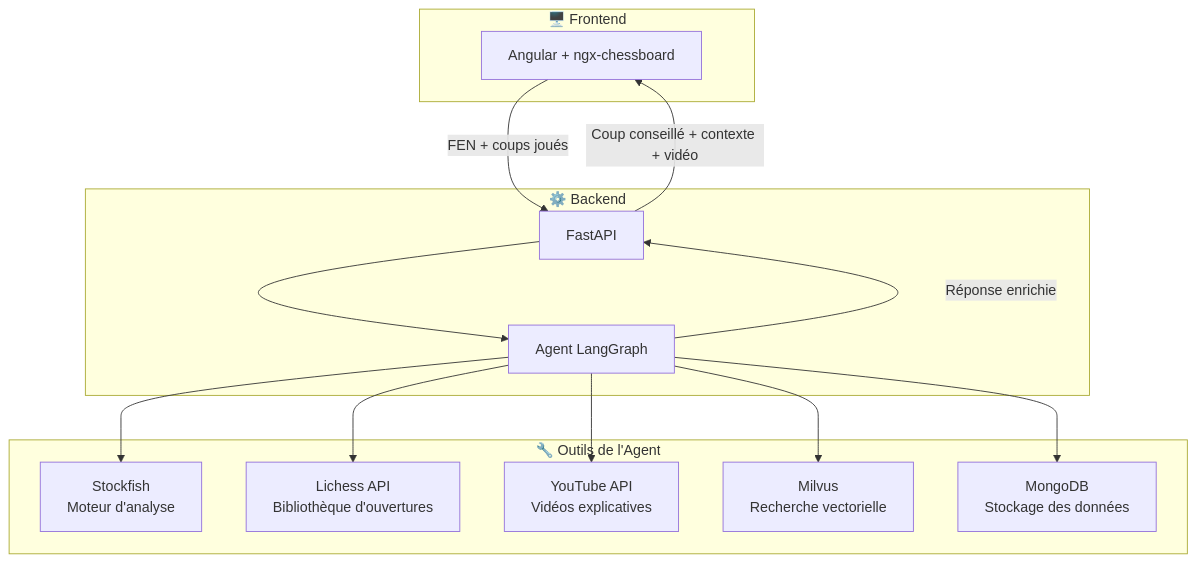
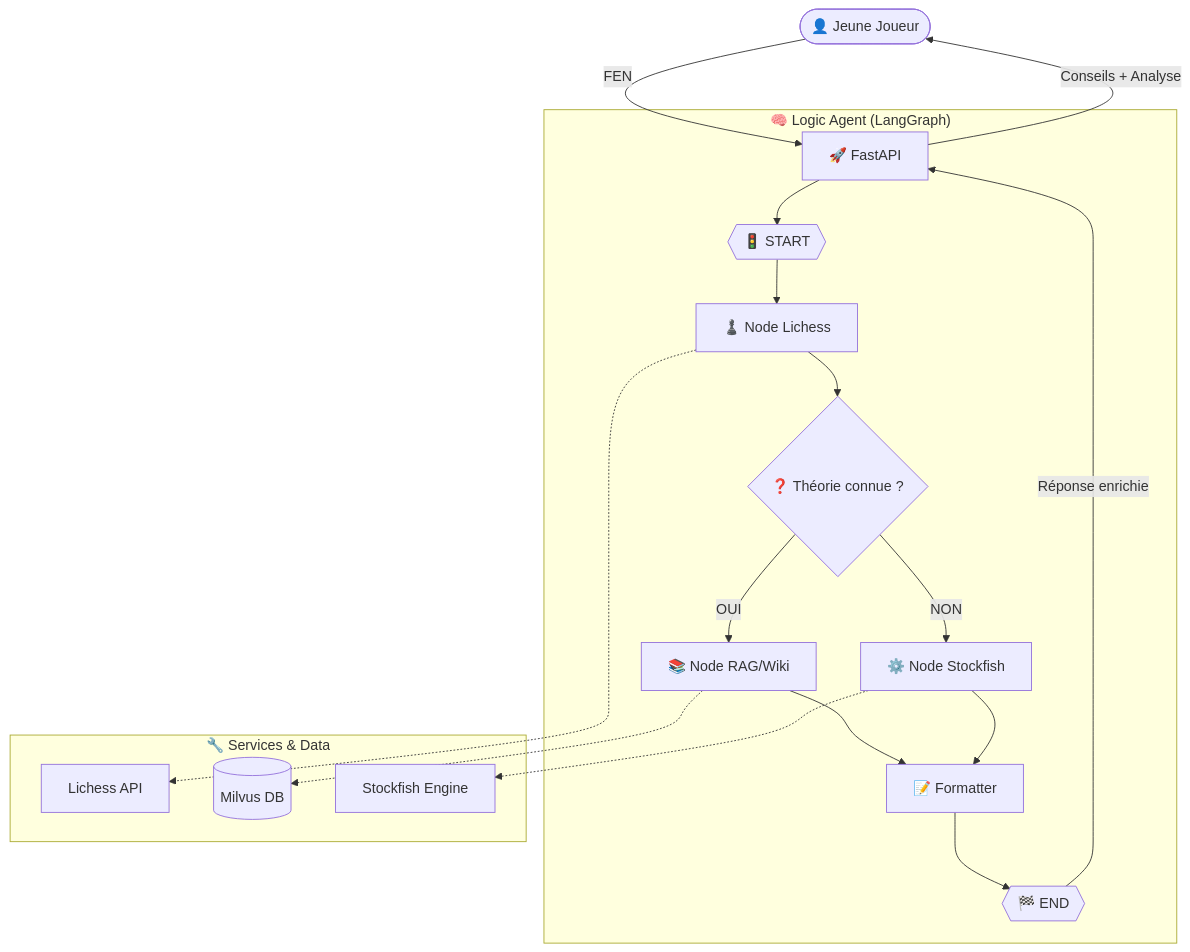
The diagram in README.md (RandomFab/AGENT_IA_FFE), drawn with Mermaid before and after one commit. The commit also changed other lines of this file, not shown here.

````diff
--- a/README.md
+++ b/README.md
@@ -41,29 +31,28 @@
 ```mermaid
-graph TB
-    subgraph Frontend["🖥️ Frontend"]
-        UI[Angular + ngx-chessboard]
+graph TD
+    User([👤 Jeune Joueur]) -->|FEN| API[🚀 FastAPI]
+    
+    subgraph "🧠 Logic Agent (LangGraph)"
+        API --> LG_Start{{"🚦 START"}}
+        LG_Start --> Node_Lic["♟️ Node Lichess"]
+        
+        Node_Lic --> Decision{"❓ Théorie connue ?"}
+        
+        Decision -- "OUI" --> Node_Wiki["📚 Node RAG/Wiki"]
+        Decision -- "NON" --> Node_SF["⚙️ Node Stockfish"]
+        
+        Node_Wiki --> Node_Format["📝 Formatter"]
+        Node_SF --> Node_Format
+        
+        Node_Format --> LG_End{{"🏁 END"}}
     end
 
-    subgraph Backend["⚙️ Backend"]
-        API[FastAPI]
-        AGENT[Agent LangGraph]
+    subgraph "🔧 Services & Data"
+        Node_Lic -.-> Ser_Lic[Lichess API]
+        Node_Wiki -.-> Ser_Milvus[(Milvus DB)]
+        Node_SF -.-> Ser_SF[Stockfish Engine]
     end
 
-    subgraph Outils["🔧 Outils de l'Agent"]
-        SF[Stockfish\nMoteur d'analyse]
-        LI[Lichess API\nBibliothèque d'ouvertures]
-        YT[YouTube API\nVidéos explicatives]
-        MV[Milvus\nRecherche vectorielle]
-        MG[MongoDB\nStockage des données]
-    end
-
-    UI -->|FEN + coups joués| API
-    API --> AGENT
-    AGENT --> SF
-    AGENT --> LI
-    AGENT --> YT
-    AGENT --> MV
-    AGENT --> MG
-    AGENT -->|Réponse enrichie| API
-    API -->|Coup conseillé + contexte + vidéo| UI
+    LG_End -->|Réponse enrichie| API
+    API -->|Conseils + Analyse| User
 ```
````
